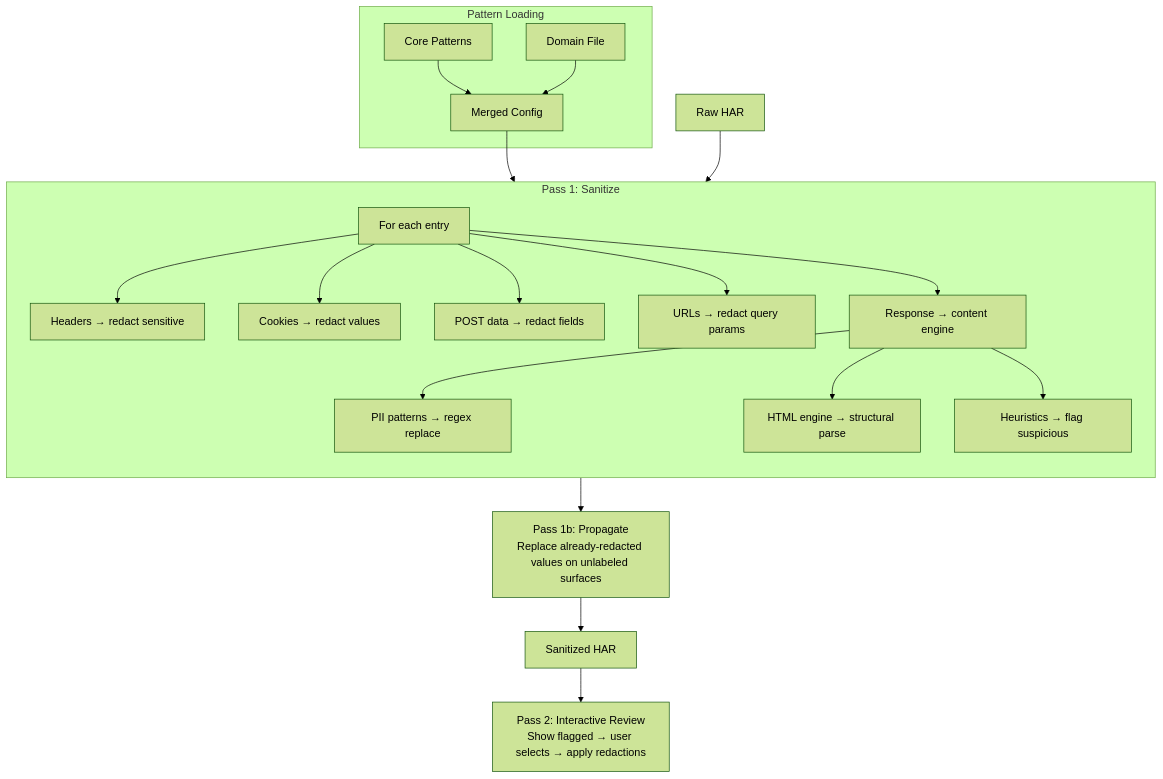
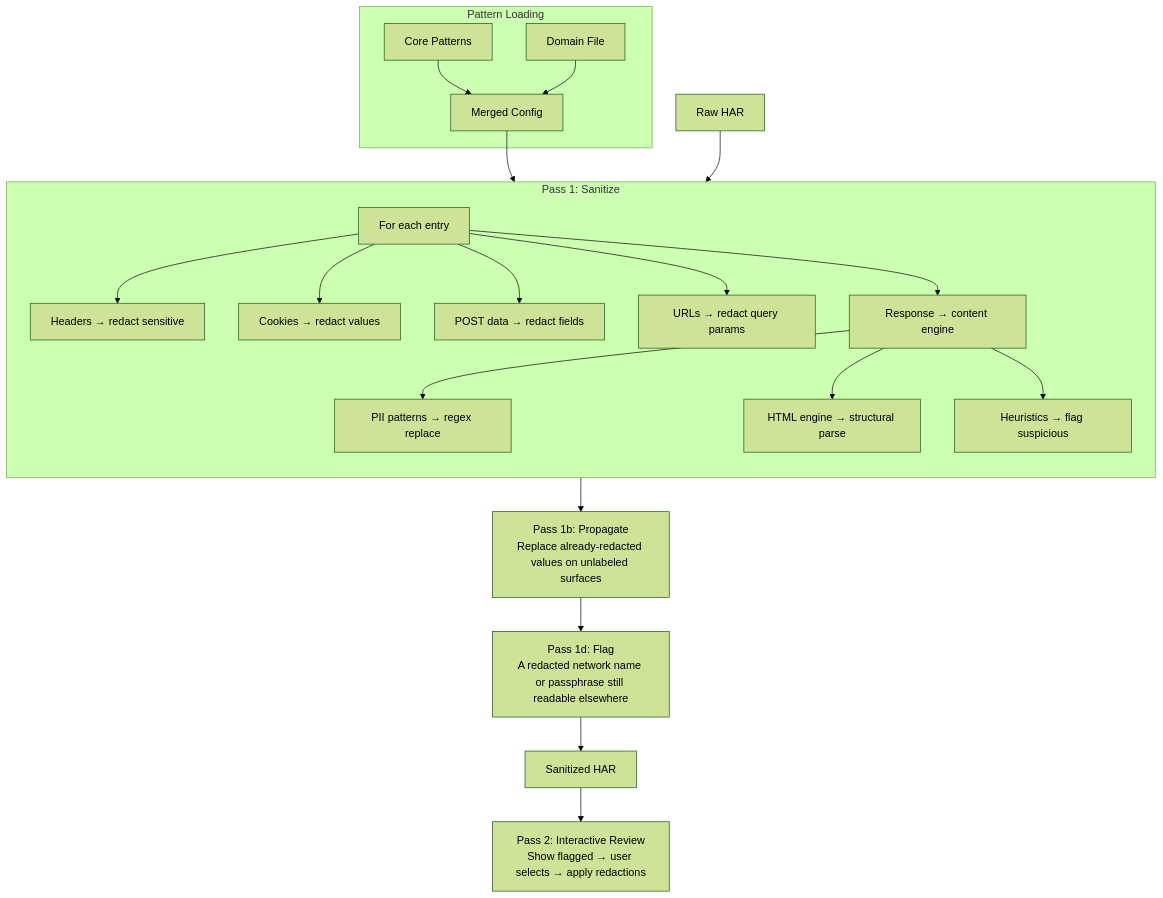
One commit to solentlabs/har-capture changed the fourth of 4 diagrams in docs/ARCHITECTURE.md. Above: the diagram before and after it, drawn with Mermaid (forest theme). The commit also changed other lines of this file and 9 other files, not shown here.

First line of the commit message:
fix(sanitization): flag a redacted network name or passphrase left readable elsewhere

````diff
--- a/docs/ARCHITECTURE.md
+++ b/docs/ARCHITECTURE.md
@@ -222,27 +222,28 @@
 ```mermaid
 graph TD
     subgraph patterns[Pattern Loading]
         core[Core Patterns] --> merged[Merged Config]
         domain[Domain File] --> merged
     end
 
     merged --> pass1
 
     subgraph pass1[Pass 1: Sanitize]
         direction TB
         entry[For each entry]
         entry --> headers[Headers → redact sensitive]
         entry --> cookies[Cookies → redact values]
         entry --> post[POST data → redact fields]
         entry --> urls[URLs → redact query params]
         entry --> resp[Response → content engine]
         resp --> pii[PII patterns → regex replace]
         resp --> html[HTML engine → structural parse]
         resp --> heur[Heuristics → flag suspicious]
     end
 
     raw[Raw HAR] --> pass1
     pass1 --> pass1b[Pass 1b: Propagate<br>Replace already-redacted values on unlabeled surfaces]
-    pass1b --> sanitized[Sanitized HAR]
+    pass1b --> pass1d[Pass 1d: Flag<br>A redacted network name or passphrase still readable elsewhere]
+    pass1d --> sanitized[Sanitized HAR]
     sanitized --> pass2[Pass 2: Interactive Review<br>Show flagged → user selects → apply redactions]
 ```
````
